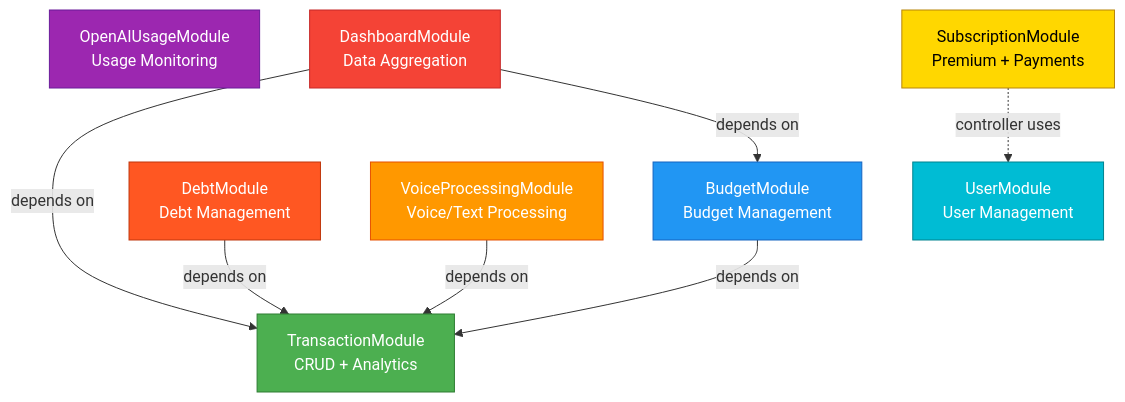
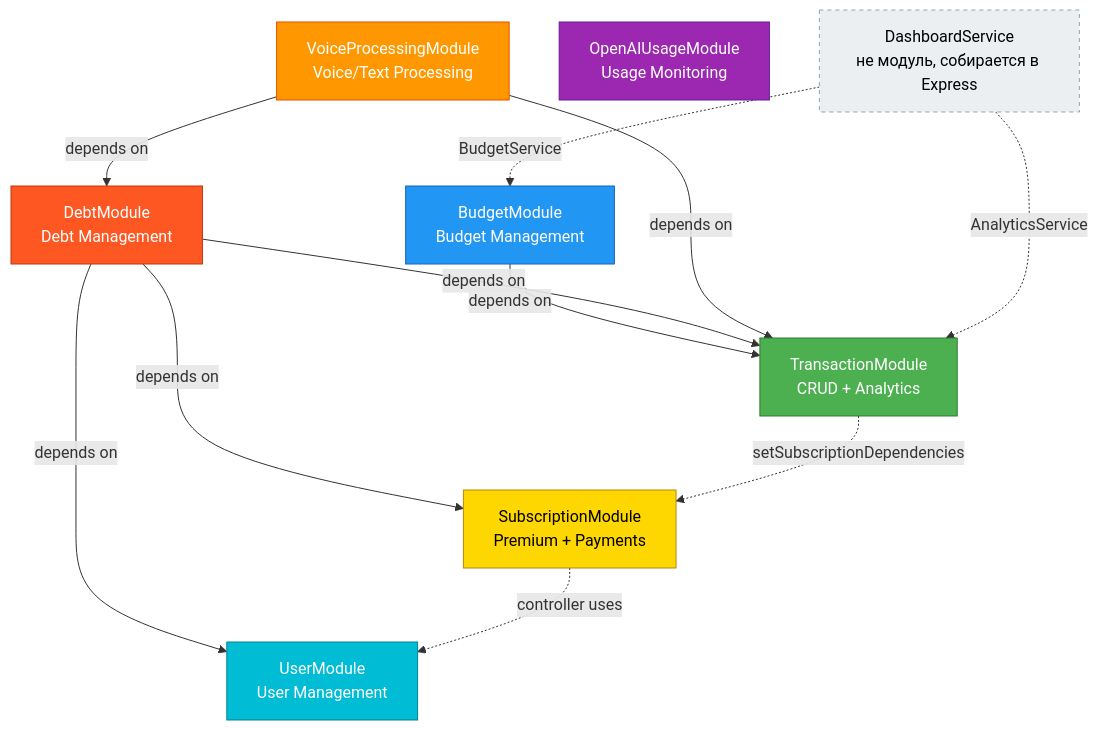
One commit to chollak/finance-tracker-backend changed the diagram in docs/knowledge-base/01-architecture/modules.md. Above: the diagram before and after it, drawn with Mermaid. The commit also changed other lines of this file and 16 other files, not shown here.

````diff
--- a/docs/knowledge-base/01-architecture/modules.md
+++ b/docs/knowledge-base/01-architecture/modules.md
@@ -7,27 +9,31 @@
 ```mermaid
 graph TD
     TM[TransactionModule<br/>CRUD + Analytics]
     BM[BudgetModule<br/>Budget Management]
     DeM[DebtModule<br/>Debt Management]
     VM[VoiceProcessingModule<br/>Voice/Text Processing]
     OM[OpenAIUsageModule<br/>Usage Monitoring]
-    DM[DashboardModule<br/>Data Aggregation]
     SM[SubscriptionModule<br/>Premium + Payments]
     UM[UserModule<br/>User Management]
+    DS[DashboardService<br/>не модуль, собирается в Express]
 
     BM -->|depends on| TM
     DeM -->|depends on| TM
+    DeM -->|depends on| SM
+    DeM -->|depends on| UM
     VM -->|depends on| TM
-    DM -->|depends on| TM
-    DM -->|depends on| BM
+    VM -->|depends on| DeM
+    TM -.->|setSubscriptionDependencies| SM
     SM -.->|controller uses| UM
+    DS -.->|AnalyticsService| TM
+    DS -.->|BudgetService| BM
 
     style TM fill:#4CAF50,stroke:#2E7D32,color:#fff
     style BM fill:#2196F3,stroke:#1565C0,color:#fff
     style DeM fill:#FF5722,stroke:#BF360C,color:#fff
     style VM fill:#FF9800,stroke:#E65100,color:#fff
     style OM fill:#9C27B0,stroke:#6A1B9A,color:#fff
-    style DM fill:#F44336,stroke:#C62828,color:#fff
     style SM fill:#FFD700,stroke:#B8860B,color:#000
     style UM fill:#00BCD4,stroke:#00838F,color:#fff
+    style DS fill:#ECEFF1,stroke:#90A4AE,color:#000,stroke-dasharray: 4 4
 ```
````
